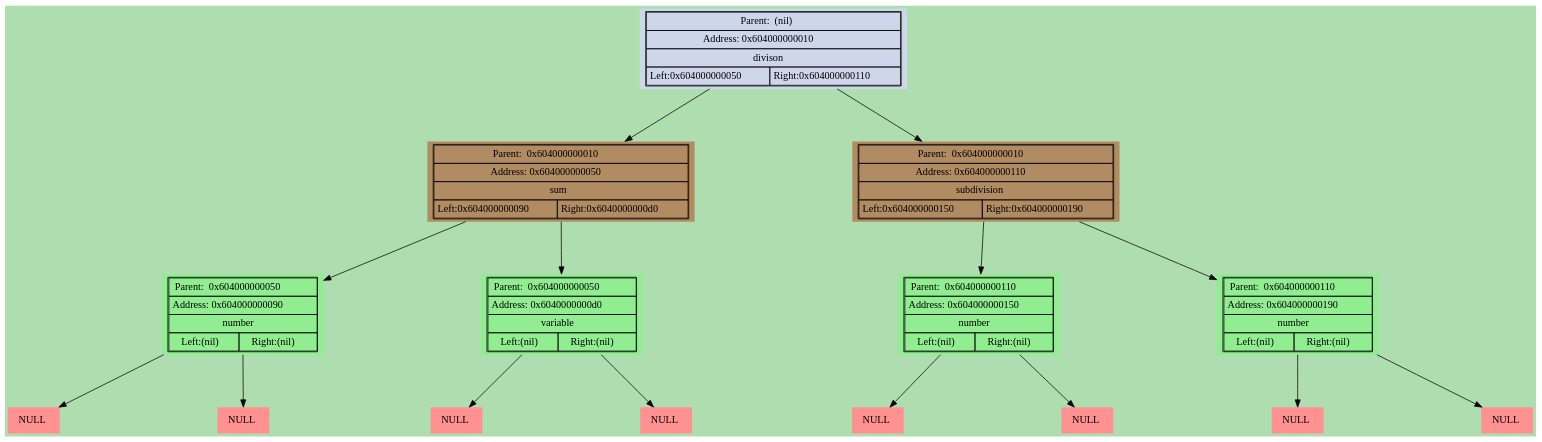
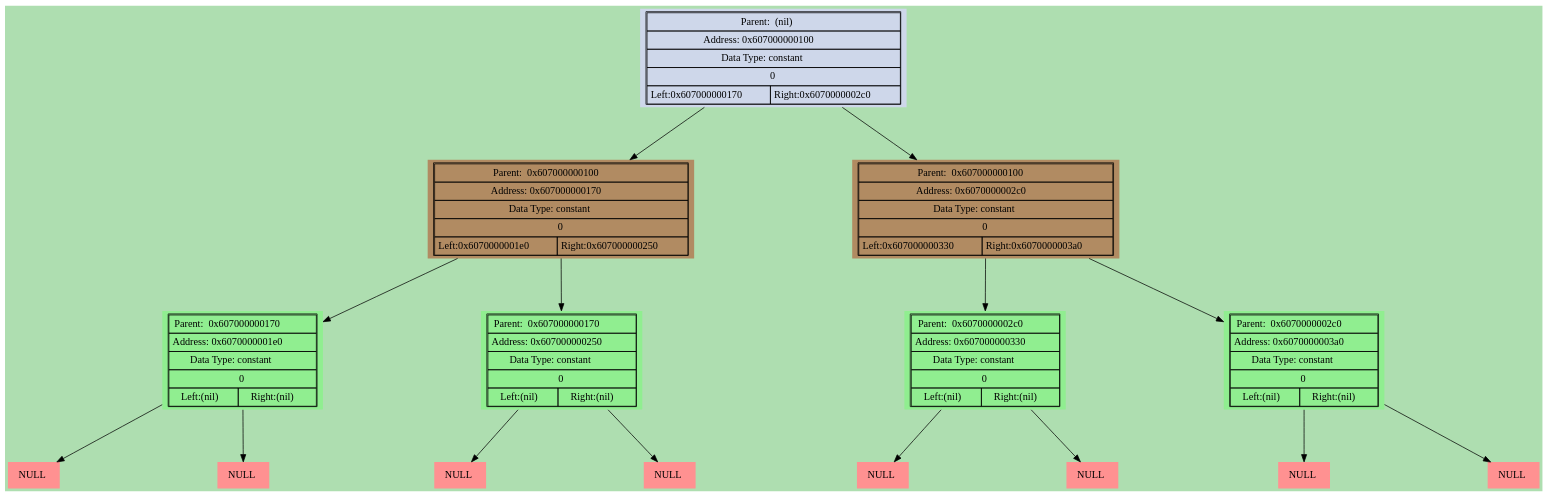
One commit to bgclutch/differentiator_ded changed the diagram in dumps/graphic_dump.dot. Above: the diagram before and after it, drawn with Graphviz. The commit also changed 15 other files, not shown here.

```diff
--- a/dumps/graphic_dump.dot
+++ b/dumps/graphic_dump.dot
@@ -1,107 +1,114 @@
 digraph LIST{
 harset = "UTF-8";
 node [shape=plaintext];
 bgcolor = "#0000aa";
 fontcolor = black;
 fontsize = 18;
 style = "italic";
 margin = 1;
 ranksep = 1;
 nodesep = 3;
 bgcolor = "#aedeb0";
-"0x604000000050" [style = "filled", fillcolor = "#b18b62",label=<
+"0x607000000170" [style = "filled", fillcolor = "#b18b62",label=<
 <table border="1" cellspacing="0" cellpadding="4">
-<tr><td colspan="2">Parent:  0x604000000010</td></tr>
-<tr><td colspan="2">Address: 0x604000000050</td></tr>
-<tr><td colspan="2">sum</td></tr>
-<tr><td align = "center" >Left:0x604000000090</td><td align = "center" >Right:0x6040000000d0</td></tr></table>>];
+<tr><td colspan="2">Parent:  0x607000000100</td></tr>
+<tr><td colspan="2">Address: 0x607000000170</td></tr>
+<tr><td colspan="2">Data Type: constant</td></tr>
+<tr><td colspan="2">0</td></tr>
+<tr><td align = "center" >Left:0x6070000001e0</td><td align = "center" >Right:0x607000000250</td></tr></table>>];
 
-"0x604000000010" -> "0x604000000050";
-"0x604000000090" [style = "filled", fillcolor = "lightgreen",label=<
+"0x607000000100" -> "0x607000000170";
+"0x6070000001e0" [style = "filled", fillcolor = "lightgreen",label=<
 <table border="1" cellspacing="0" cellpadding="4">
-<tr><td colspan="2">Parent:  0x604000000050</td></tr>
-<tr><td colspan="2">Address: 0x604000000090</td></tr>
-<tr><td colspan="2">number</td></tr>
+<tr><td colspan="2">Parent:  0x607000000170</td></tr>
+<tr><td colspan="2">Address: 0x6070000001e0</td></tr>
+<tr><td colspan="2">Data Type: constant</td></tr>
+<tr><td colspan="2">0</td></tr>
 <tr><td align = "center" >Left:(nil)</td><td align = "center" >Right:(nil)</td></tr></table>>];
 
-"0x604000000050" -> "0x604000000090";
-"0x604000000090" -> "0x604000000098";
-"0x604000000098" [style = "filled", fillcolor = "#ff9191", label=<
+"0x607000000170" -> "0x6070000001e0";
+"0x6070000001e0" -> "0x607000000220";
+"0x607000000220" [style = "filled", fillcolor = "#ff9191", label=<
 <table border = "0" cellspacing="2" cellpadding="4">
 <tr><td>NULL</td></tr></table>>];
 
-"0x604000000090" -> "0x6040000000a0";
-"0x6040000000a0" [style = "filled", fillcolor = "#ff9191", label=<
+"0x6070000001e0" -> "0x607000000228";
+"0x607000000228" [style = "filled", fillcolor = "#ff9191", label=<
 <table border = "0" cellspacing="2" cellpadding="4">
 <tr><td>NULL</td></tr></table>>];
 
-"0x6040000000d0" [style = "filled", fillcolor = "lightgreen",label=<
+"0x607000000250" [style = "filled", fillcolor = "lightgreen",label=<
 <table border="1" cellspacing="0" cellpadding="4">
-<tr><td colspan="2">Parent:  0x604000000050</td></tr>
-<tr><td colspan="2">Address: 0x6040000000d0</td></tr>
-<tr><td colspan="2">variable</td></tr>
+<tr><td colspan="2">Parent:  0x607000000170</td></tr>
+<tr><td colspan="2">Address: 0x607000000250</td></tr>
+<tr><td colspan="2">Data Type: constant</td></tr>
+<tr><td colspan="2">0</td></tr>
 <tr><td align = "center" >Left:(nil)</td><td align = "center" >Right:(nil)</td></tr></table>>];
 
-"0x604000000050" -> "0x6040000000d0";
-"0x6040000000d0" -> "0x6040000000d8";
-"0x6040000000d8" [style = "filled", fillcolor = "#ff9191", label=<
+"0x607000000170" -> "0x607000000250";
+"0x607000000250" -> "0x607000000290";
+"0x607000000290" [style = "filled", fillcolor = "#ff9191", label=<
 <table border = "0" cellspacing="2" cellpadding="4">
 <tr><td>NULL</td></tr></table>>];
 
-"0x6040000000d0" -> "0x6040000000e0";
-"0x6040000000e0" [style = "filled", fillcolor = "#ff9191", label=<
+"0x607000000250" -> "0x607000000298";
+"0x607000000298" [style = "filled", fillcolor = "#ff9191", label=<
 <table border = "0" cellspacing="2" cellpadding="4">
 <tr><td>NULL</td></tr></table>>];
 
-"0x604000000110" [style = "filled", fillcolor = "#b18b62",label=<
+"0x6070000002c0" [style = "filled", fillcolor = "#b18b62",label=<
 <table border="1" cellspacing="0" cellpadding="4">
-<tr><td colspan="2">Parent:  0x604000000010</td></tr>
-<tr><td colspan="2">Address: 0x604000000110</td></tr>
-<tr><td colspan="2">subdivision</td></tr>
-<tr><td align = "center" >Left:0x604000000150</td><td align = "center" >Right:0x604000000190</td></tr></table>>];
+<tr><td colspan="2">Parent:  0x607000000100</td></tr>
+<tr><td colspan="2">Address: 0x6070000002c0</td></tr>
+<tr><td colspan="2">Data Type: constant</td></tr>
+<tr><td colspan="2">0</td></tr>
+<tr><td align = "center" >Left:0x607000000330</td><td align = "center" >Right:0x6070000003a0</td></tr></table>>];
 
-"0x604000000010" -> "0x604000000110";
-"0x604000000150" [style = "filled", fillcolor = "lightgreen",label=<
+"0x607000000100" -> "0x6070000002c0";
+"0x607000000330" [style = "filled", fillcolor = "lightgreen",label=<
 <table border="1" cellspacing="0" cellpadding="4">
-<tr><td colspan="2">Parent:  0x604000000110</td></tr>
-<tr><td colspan="2">Address: 0x604000000150</td></tr>
-<tr><td colspan="2">number</td></tr>
+<tr><td colspan="2">Parent:  0x6070000002c0</td></tr>
+<tr><td colspan="2">Address: 0x607000000330</td></tr>
+<tr><td colspan="2">Data Type: constant</td></tr>
+<tr><td colspan="2">0</td></tr>
 <tr><td align = "center" >Left:(nil)</td><td align = "center" >Right:(nil)</td></tr></table>>];
 
-"0x604000000110" -> "0x604000000150";
-"0x604000000150" -> "0x604000000158";
-"0x604000000158" [style = "filled", fillcolor = "#ff9191", label=<
+"0x6070000002c0" -> "0x607000000330";
+"0x607000000330" -> "0x607000000370";
+"0x607000000370" [style = "filled", fillcolor = "#ff9191", label=<
 <table border = "0" cellspacing="2" cellpadding="4">
 <tr><td>NULL</td></tr></table>>];
 
-"0x604000000150" -> "0x604000000160";
-"0x604000000160" [style = "filled", fillcolor = "#ff9191", label=<
+"0x607000000330" -> "0x607000000378";
+"0x607000000378" [style = "filled", fillcolor = "#ff9191", label=<
 <table border = "0" cellspacing="2" cellpadding="4">
 <tr><td>NULL</td></tr></table>>];
 
-"0x604000000190" [style = "filled", fillcolor = "lightgreen",label=<
+"0x6070000003a0" [style = "filled", fillcolor = "lightgreen",label=<
 <table border="1" cellspacing="0" cellpadding="4">
-<tr><td colspan="2">Parent:  0x604000000110</td></tr>
-<tr><td colspan="2">Address: 0x604000000190</td></tr>
-<tr><td colspan="2">number</td></tr>
+<tr><td colspan="2">Parent:  0x6070000002c0</td></tr>
+<tr><td colspan="2">Address: 0x6070000003a0</td></tr>
+<tr><td colspan="2">Data Type: constant</td></tr>
+<tr><td colspan="2">0</td></tr>
 <tr><td align = "center" >Left:(nil)</td><td align = "center" >Right:(nil)</td></tr></table>>];
 
-"0x604000000110" -> "0x604000000190";
-"0x604000000190" -> "0x604000000198";
-"0x604000000198" [style = "filled", fillcolor = "#ff9191", label=<
+"0x6070000002c0" -> "0x6070000003a0";
+"0x6070000003a0" -> "0x6070000003e0";
+"0x6070000003e0" [style = "filled", fillcolor = "#ff9191", label=<
 <table border = "0" cellspacing="2" cellpadding="4">
 <tr><td>NULL</td></tr></table>>];
 
-"0x604000000190" -> "0x6040000001a0";
-"0x6040000001a0" [style = "filled", fillcolor = "#ff9191", label=<
+"0x6070000003a0" -> "0x6070000003e8";
+"0x6070000003e8" [style = "filled", fillcolor = "#ff9191", label=<
 <table border = "0" cellspacing="2" cellpadding="4">
 <tr><td>NULL</td></tr></table>>];
 
-"0x604000000010" [style = "filled", fillcolor = "#ced7ea",label=<
+"0x607000000100" [style = "filled", fillcolor = "#ced7ea",label=<
 <table border="1" cellspacing="0" cellpadding="4">
 <tr><td colspan="2">Parent:  (nil)</td></tr>
-<tr><td colspan="2">Address: 0x604000000010</td></tr>
-<tr><td colspan="2">divison </td></tr>
-<tr><td align = "center" >Left:0x604000000050</td><td align = "center" >Right:0x604000000110</td></tr></table>>];
+<tr><td colspan="2">Address: 0x607000000100</td></tr>
+<tr><td colspan="2">Data Type: constant</td></tr>
+<tr><td colspan="2">0</td></tr>
+<tr><td align = "center" >Left:0x607000000170</td><td align = "center" >Right:0x6070000002c0</td></tr></table>>];
 
 }
```
